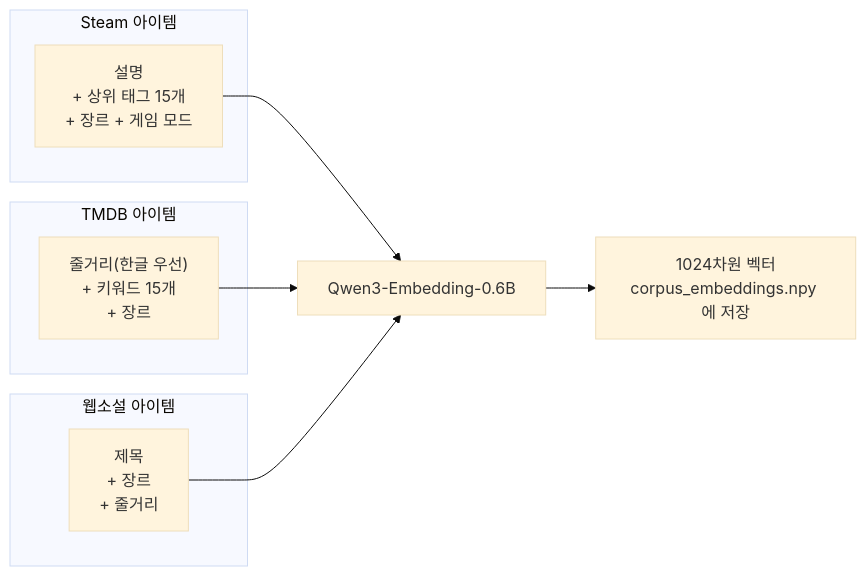
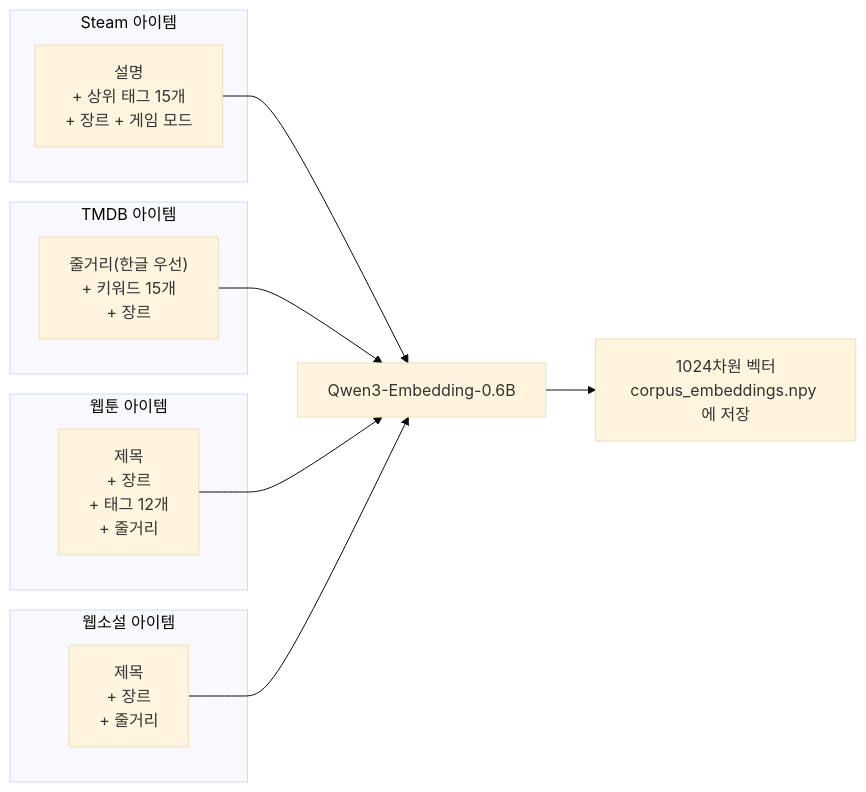
Before and after one commit to AOD-All-of-Dopamine/-AOD-All-of-Dopamine-AI: the second of 6 diagrams in recommendation/OVERVIEW.md, drawn with Mermaid (base theme). The commit also changed other lines of this file, not shown here.

````diff
--- a/recommendation/OVERVIEW.md
+++ b/recommendation/OVERVIEW.md
@@ -67,16 +85,20 @@
 ```mermaid
 flowchart LR
     subgraph SI["Steam 아이템"]
       SA["설명<br/>+ 상위 태그 15개<br/>+ 장르 + 게임 모드"]
     end
     subgraph TI["TMDB 아이템"]
       TA["줄거리(한글 우선)<br/>+ 키워드 15개<br/>+ 장르"]
     end
+    subgraph KI["웹툰 아이템"]
+      KA["제목<br/>+ 장르<br/>+ 태그 12개<br/>+ 줄거리"]
+    end
     subgraph WI["웹소설 아이템"]
       WA["제목<br/>+ 장르<br/>+ 줄거리"]
     end
     SA --> E["Qwen3-Embedding-0.6B"]
     TA --> E
+    KA --> E
     WA --> E
     E --> V["1024차원 벡터<br/>corpus_embeddings.npy 에 저장"]
 ```
````
